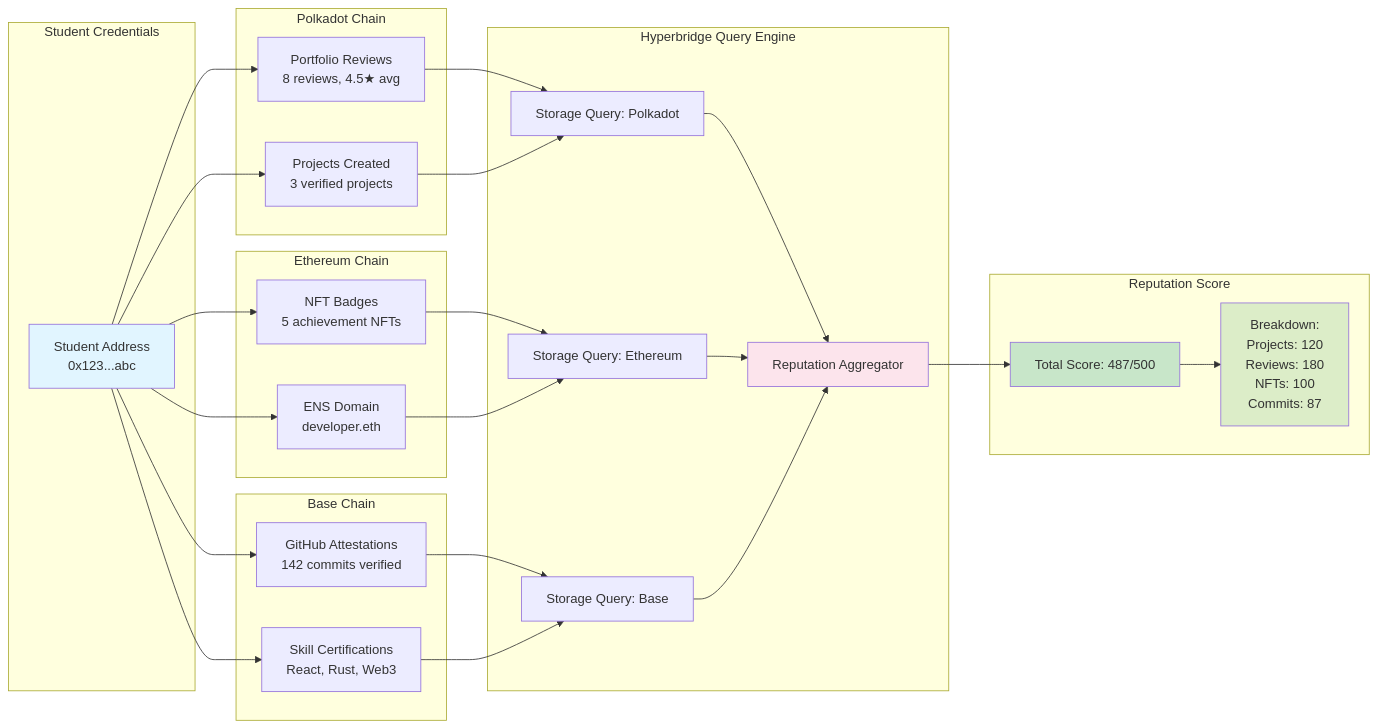
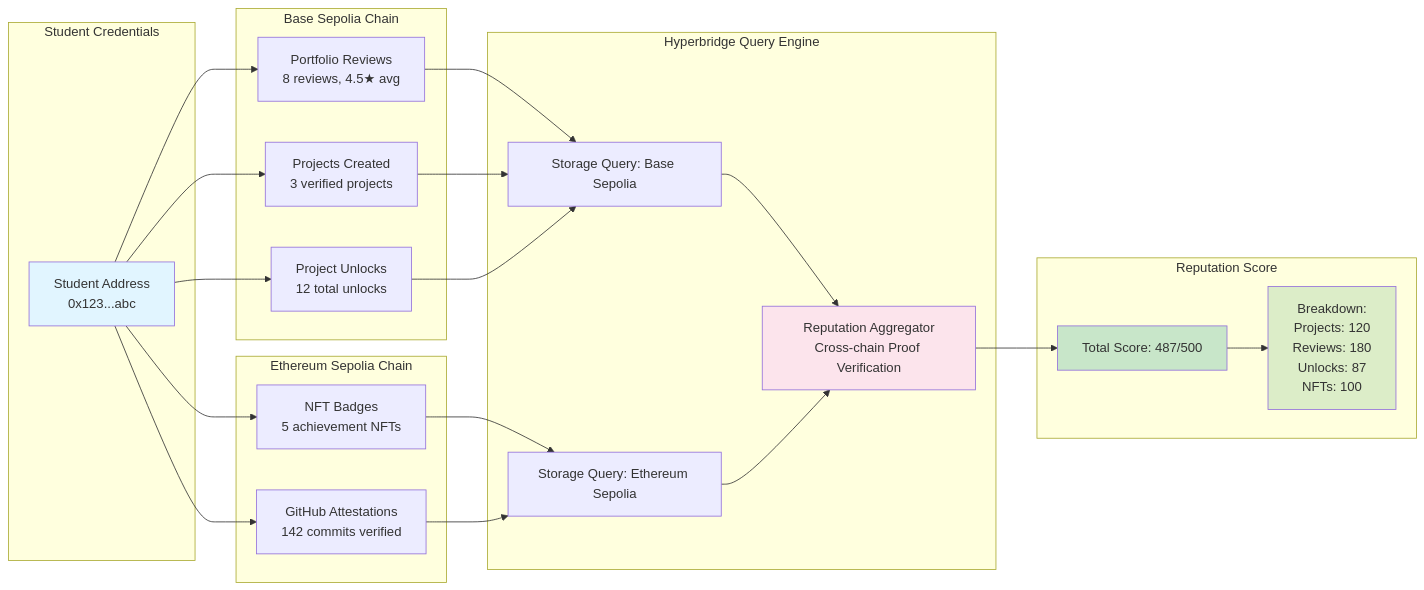
The sixth of 6 diagrams in README.md (MarxMad/Sub0Polk), drawn with Mermaid before and after one commit. The commit also changed other lines of this file, not shown here.

````diff
--- a/README.md
+++ b/README.md
@@ -256,59 +329,51 @@
 ```mermaid
 graph LR
     subgraph "Student Credentials"
         Student[Student Address<br/>0x123...abc]
     end
 
-    subgraph "Polkadot Chain"
+    subgraph "Base Sepolia Chain"
         PR[Portfolio Reviews<br/>8 reviews, 4.5★ avg]
         PP[Projects Created<br/>3 verified projects]
+        Unlocks[Project Unlocks<br/>12 total unlocks]
     end
 
-    subgraph "Ethereum Chain"
+    subgraph "Ethereum Sepolia Chain"
         NFT[NFT Badges<br/>5 achievement NFTs]
-        ENS[ENS Domain<br/>developer.eth]
-    end
-
-    subgraph "Base Chain"
-        GH[GitHub Attestations<br/>142 commits verified]
-        Skills[Skill Certifications<br/>React, Rust, Web3]
+        Attestations[GitHub Attestations<br/>142 commits verified]
     end
 
     subgraph "Hyperbridge Query Engine"
-        Q1[Storage Query: Polkadot]
-        Q2[Storage Query: Ethereum]
-        Q3[Storage Query: Base]
-        Aggregator[Reputation Aggregator]
+        Q1[Storage Query: Base Sepolia]
+        Q2[Storage Query: Ethereum Sepolia]
+        Aggregator[Reputation Aggregator<br/>Cross-chain Proof Verification]
     end
 
     subgraph "Reputation Score"
         Total[Total Score: 487/500]
-        Breakdown[Breakdown:<br/>Projects: 120<br/>Reviews: 180<br/>NFTs: 100<br/>Commits: 87]
+        Breakdown[Breakdown:<br/>Projects: 120<br/>Reviews: 180<br/>Unlocks: 87<br/>NFTs: 100]
     end
 
     Student --> PR
     Student --> PP
+    Student --> Unlocks
     Student --> NFT
-    Student --> ENS
-    Student --> GH
-    Student --> Skills
+    Student --> Attestations
 
     PR --> Q1
     PP --> Q1
+    Unlocks --> Q1
     NFT --> Q2
-    ENS --> Q2
-    GH --> Q3
-    Skills --> Q3
+    Attestations --> Q2
 
     Q1 --> Aggregator
     Q2 --> Aggregator
-    Q3 --> Aggregator
 
     Aggregator --> Total
     Total --> Breakdown
 
     style Student fill:#e1f5ff
     style Aggregator fill:#fce4ec
     style Total fill:#c8e6c9
     style Breakdown fill:#dcedc8
 ```
````
